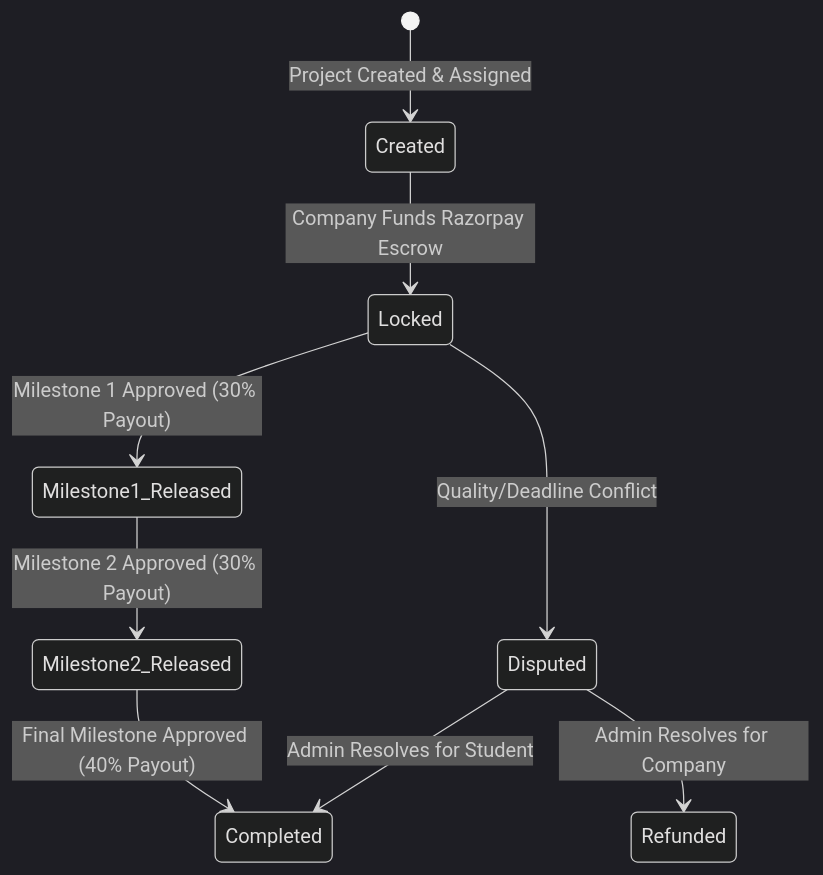
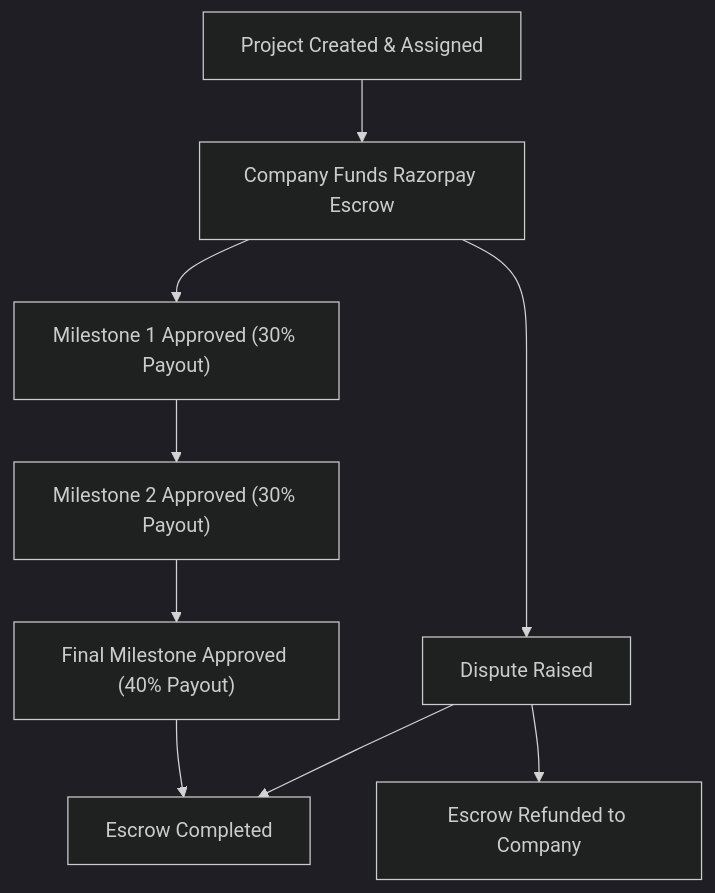
Before and after one commit to parimeena404/FP-Ecosystem: the diagram in README.md, drawn with Mermaid (dark theme).

Commit message:
fix(docs): update Mermaid diagram to standard GFM graph syntax to fix GitHub rendering error

````diff
--- a/README.md
+++ b/README.md
@@ -83,11 +83,11 @@
 ```mermaid
-stateDiagram-v2
-    [*] --> Created: Project Created & Assigned
-    Created --> Locked: Company Funds Razorpay Escrow
-    Locked --> Milestone1_Released: Milestone 1 Approved (30% Payout)
-    Milestone1_Released --> Milestone2_Released: Milestone 2 Approved (30% Payout)
-    Milestone2_Released --> Completed: Final Milestone Approved (40% Payout)
-    Locked --> Disputed: Quality/Deadline Conflict
-    Disputed --> Completed: Admin Resolves for Student
-    Disputed --> Refunded: Admin Resolves for Company
+graph TD
+    A["Project Created & Assigned"] --> B["Company Funds Razorpay Escrow"]
+    B --> C["Milestone 1 Approved (30% Payout)"]
+    C --> D["Milestone 2 Approved (30% Payout)"]
+    D --> E["Final Milestone Approved (40% Payout)"]
+    E --> F["Escrow Completed"]
+    B --> G["Dispute Raised"]
+    G --> F
+    G --> H["Escrow Refunded to Company"]
 ```
````
